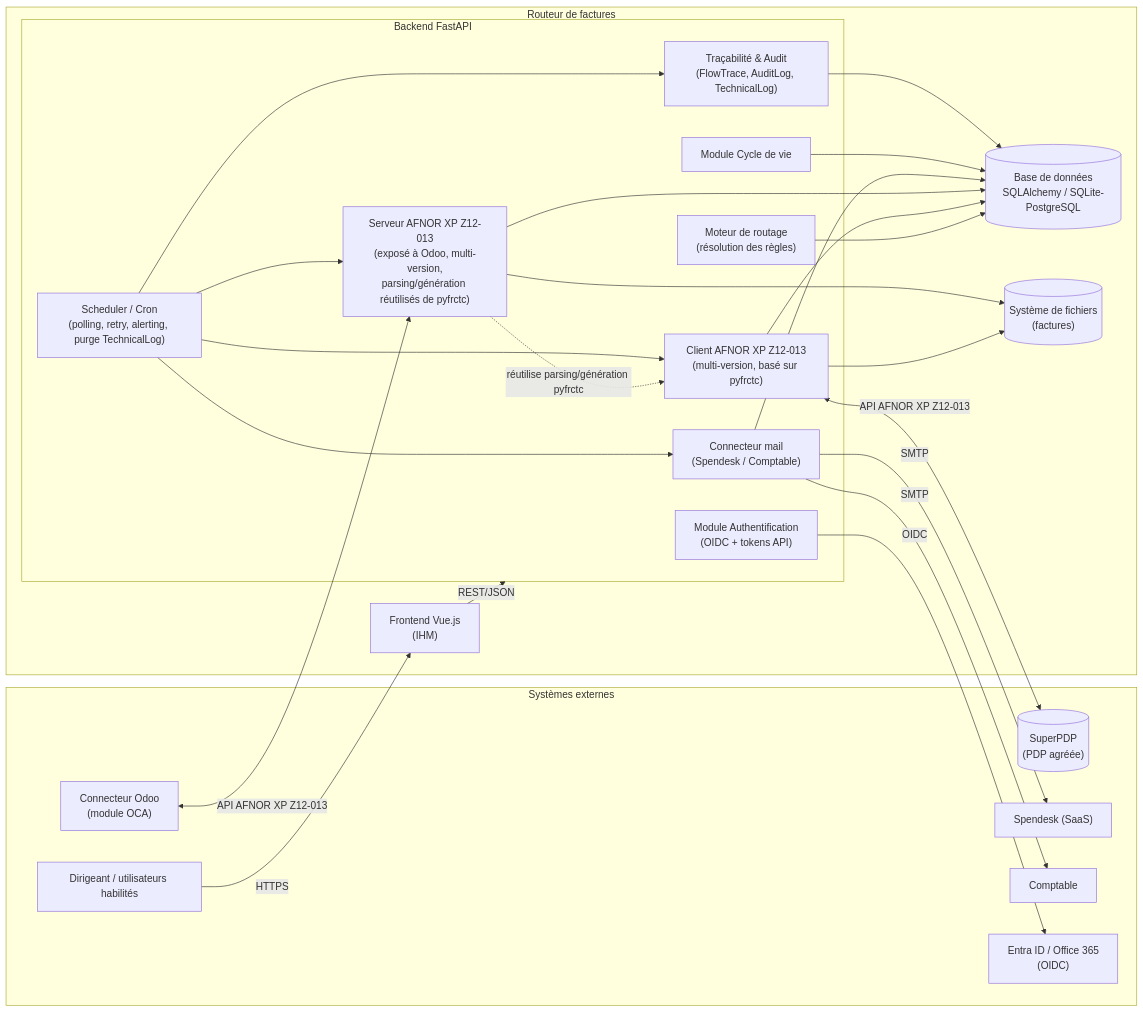
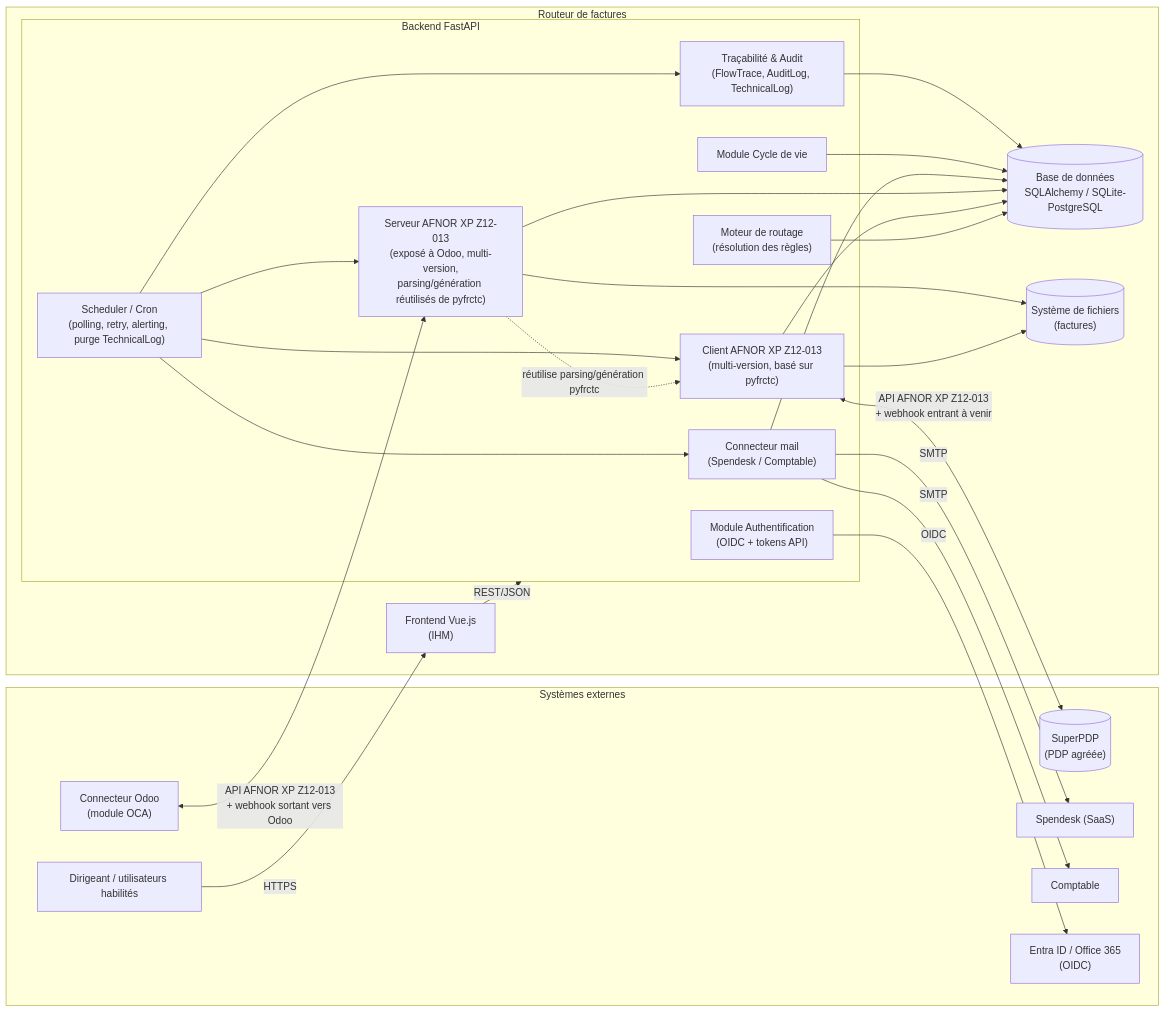
One commit to yuntux/einvoicing_router changed the fourth of 5 diagrams in spec.md. Above: the diagram before and after it, drawn with Mermaid. The commit also changed other lines of this file, not shown here.

````diff
--- a/spec.md
+++ b/spec.md
@@ -468,53 +474,53 @@
 ```mermaid
 flowchart LR
     subgraph Externes["Systèmes externes"]
         SuperPDP[("SuperPDP\n(PDP agréée)")]
         Odoo["Connecteur Odoo\n(module OCA)"]
         Spendesk["Spendesk (SaaS)"]
         Comptable["Comptable"]
         EntraID["Entra ID / Office 365\n(OIDC)"]
         Admins["Dirigeant / utilisateurs habilités"]
     end
 
     subgraph Routeur["Routeur de factures"]
         FE["Frontend Vue.js\n(IHM)"]
 
         subgraph API["Backend FastAPI"]
             Auth["Module Authentification\n(OIDC + tokens API)"]
             RoutingEngine["Moteur de routage\n(résolution des règles)"]
             AfnorClient["Client AFNOR XP Z12-013\n(multi-version, basé sur pyfrctc)"]
             AfnorServer["Serveur AFNOR XP Z12-013\n(exposé à Odoo, multi-version,\nparsing/génération réutilisés de pyfrctc)"]
             MailConnector["Connecteur mail\n(Spendesk / Comptable)"]
             Lifecycle["Module Cycle de vie"]
             Scheduler["Scheduler / Cron\n(polling, retry, alerting, purge TechnicalLog)"]
             Tracing["Traçabilité & Audit\n(FlowTrace, AuditLog, TechnicalLog)"]
         end
 
         DB[("Base de données\nSQLAlchemy / SQLite-PostgreSQL")]
         FS[("Système de fichiers\n(factures)")]
     end
 
     Admins -->|HTTPS| FE
     FE -->|REST/JSON| API
     Auth -->|OIDC| EntraID
 
-    AfnorClient <-->|API AFNOR XP Z12-013| SuperPDP
-    Odoo <-->|API AFNOR XP Z12-013| AfnorServer
+    AfnorClient <-->|API AFNOR XP Z12-013\n+ webhook entrant à venir| SuperPDP
+    Odoo <-->|API AFNOR XP Z12-013\n+ webhook sortant vers Odoo| AfnorServer
     AfnorServer -.->|réutilise parsing/génération pyfrctc| AfnorClient
     MailConnector -->|SMTP| Spendesk
     MailConnector -->|SMTP| Comptable
 
     Scheduler --> AfnorClient
     Scheduler --> MailConnector
     Scheduler --> AfnorServer
     Scheduler --> Tracing
 
     RoutingEngine --> DB
     AfnorClient --> DB
     AfnorClient --> FS
     AfnorServer --> DB
     AfnorServer --> FS
     MailConnector --> DB
     Lifecycle --> DB
     Tracing --> DB
 ```
````
